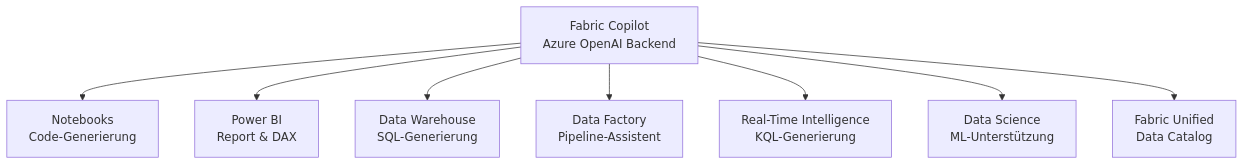
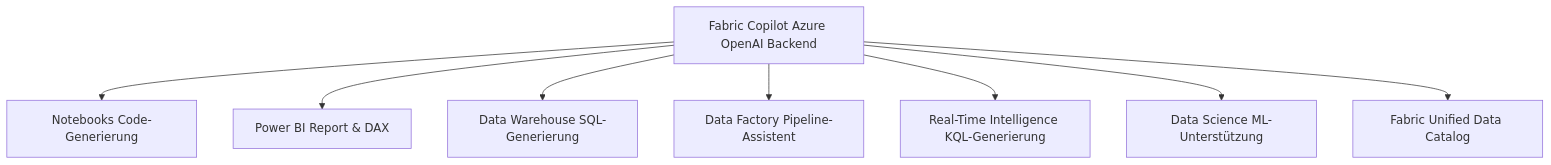
Before and after one commit to SoniiiT/notes-n-docs: the first of 5 diagrams in Microsoft 365/Azure/Fabric/Fabric Copilot.md, drawn with Mermaid. The commit also changed other lines of this file and 124 other files, not shown here.

First line of the commit message:
fix: Entferne \n aus allen Mermaid-Diagrammen (125 Dateien)

````diff
--- a/Microsoft 365/Azure/Fabric/Fabric Copilot.md
+++ b/Microsoft 365/Azure/Fabric/Fabric Copilot.md
@@ -29,10 +29,10 @@
 ```mermaid
 graph TD
-    A[Fabric Copilot\nAzure OpenAI Backend] --> B[Notebooks\nCode-Generierung]
-    A --> C[Power BI\nReport & DAX]
-    A --> D[Data Warehouse\nSQL-Generierung]
-    A --> E[Data Factory\nPipeline-Assistent]
-    A --> F[Real-Time Intelligence\nKQL-Generierung]
-    A --> G[Data Science\nML-Unterstützung]
-    A --> H[Fabric Unified\nData Catalog]
+    A[Fabric Copilot Azure OpenAI Backend] --> B[Notebooks Code-Generierung]
+    A --> C[Power BI Report & DAX]
+    A --> D[Data Warehouse SQL-Generierung]
+    A --> E[Data Factory Pipeline-Assistent]
+    A --> F[Real-Time Intelligence KQL-Generierung]
+    A --> G[Data Science ML-Unterstützung]
+    A --> H[Fabric Unified Data Catalog]
 ```
````
